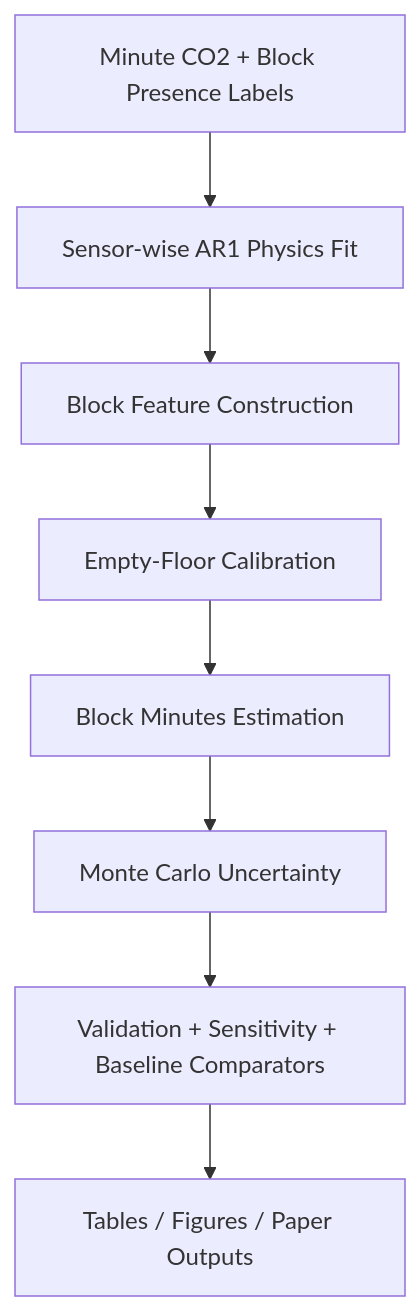
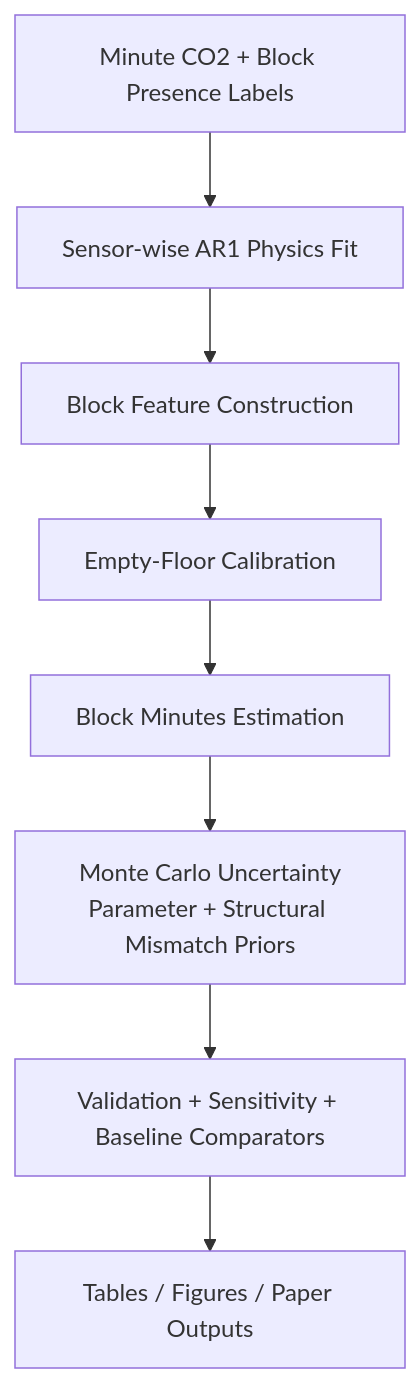
Before and after one commit to vanamagautam24/co2-occupancy-duration-inference-paper: the first of 3 diagrams in README.md, drawn with Mermaid. The commit also changed other lines of this file and 52 other files, not shown here.

Commit message:
uq: add structural mismatch MC, rerun outputs, refresh paper/readme/gif

````diff
--- a/README.md
+++ b/README.md
@@ -18,10 +18,10 @@
 ```mermaid
 flowchart TD
     A[Minute CO2 + Block Presence Labels] --> B[Sensor-wise AR1 Physics Fit]
     B --> C[Block Feature Construction]
     C --> D[Empty-Floor Calibration]
     D --> E[Block Minutes Estimation]
-    E --> F[Monte Carlo Uncertainty]
+    E --> F[Monte Carlo Uncertainty<br/>Parameter + Structural Mismatch Priors]
     F --> G[Validation + Sensitivity + Baseline Comparators]
     G --> H[Tables / Figures / Paper Outputs]
 ```
````
